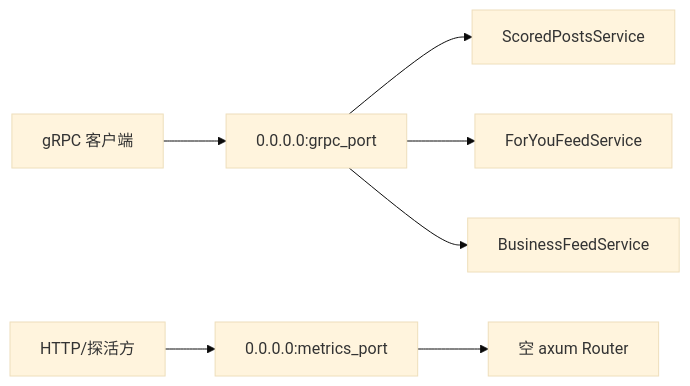
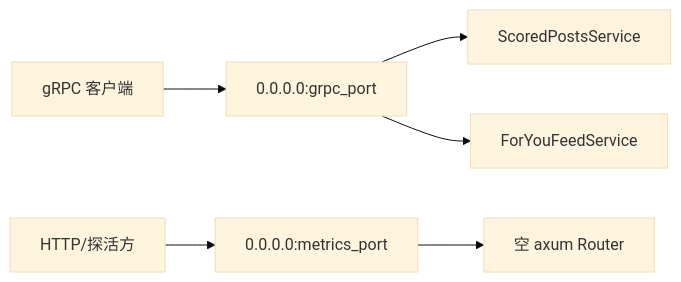
The second of 3 diagrams in docs/home-mixer/07-config-and-params.md (freefcw/x-algorithm), drawn with Mermaid (base theme) before and after one commit. The commit also changed other lines of this file and 18 other files, not shown here.

First line of the commit message:
docs: 同步主干收敛执行记录并去掉 BusinessFeed 文档面

````diff
--- a/docs/home-mixer/07-config-and-params.md
+++ b/docs/home-mixer/07-config-and-params.md
@@ -141,10 +142,9 @@
 ```mermaid
 flowchart LR
     Client1["gRPC 客户端"] --> G["0.0.0.0:grpc_port"]
     Client2["HTTP/探活方"] --> H["0.0.0.0:metrics_port"]
 
     G --> S["ScoredPostsService"]
     G --> F["ForYouFeedService"]
-    G --> B["BusinessFeedService"]
     H --> R["空 axum Router"]
 ```
````
